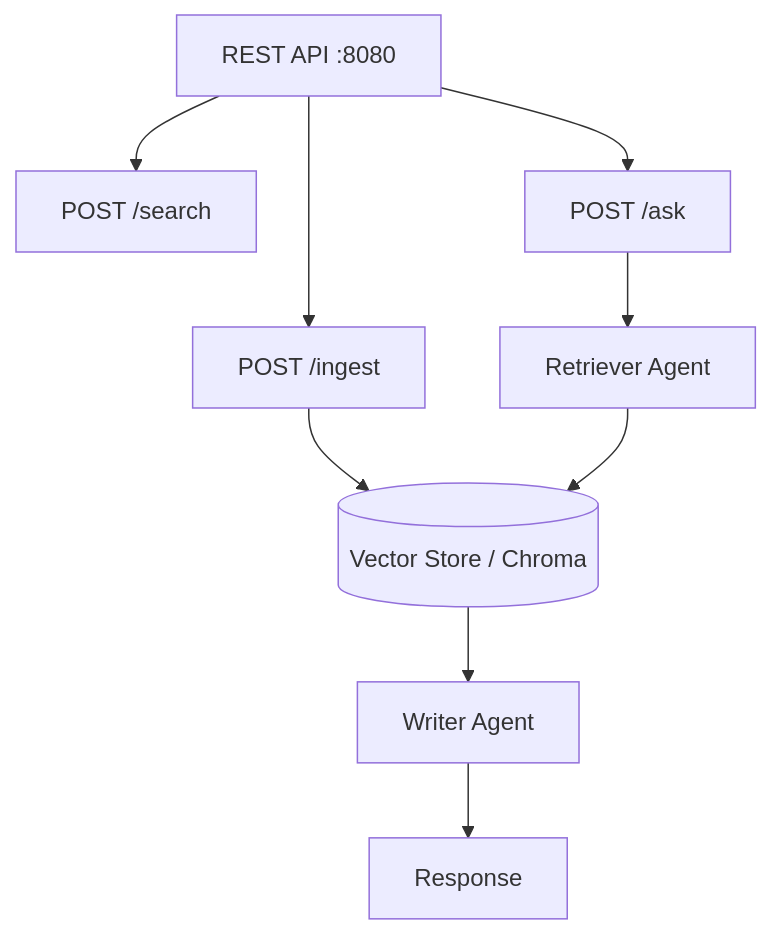
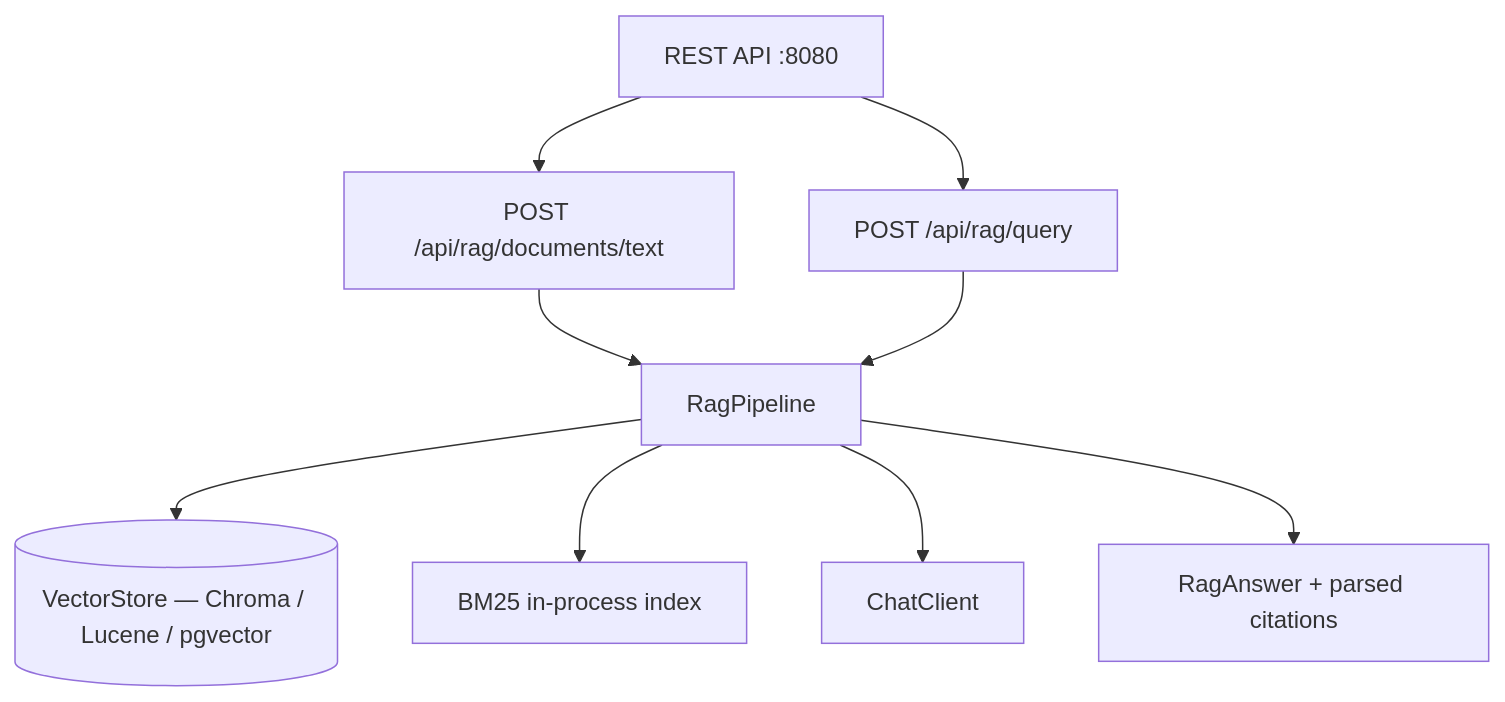
The diagram in rag-knowledge-base-rest-api/README.md (intelliswarm-ai/swarm-ai-examples), drawn with Mermaid before and after one commit. The commit also changed other lines of this file and 18 other files, not shown here.

````diff
--- a/rag-knowledge-base-rest-api/README.md
+++ b/rag-knowledge-base-rest-api/README.md
@@ -7,11 +38,11 @@
 ```mermaid
 graph TD
-    API[REST API :8080] --> ING[POST /ingest]
-    API --> SEARCH[POST /search]
-    API --> ASK[POST /ask]
-    ING --> VS[(Vector Store / Chroma)]
-    ASK --> RET[Retriever Agent]
-    RET --> VS
-    VS --> WRT[Writer Agent]
-    WRT --> RESP[Response]
+    API[REST API :8080] --> ING[POST /api/rag/documents/text]
+    API --> ASK[POST /api/rag/query]
+    ING --> RAG[RagPipeline]
+    ASK --> RAG
+    RAG --> VS[(VectorStore — Chroma / Lucene / pgvector)]
+    RAG --> BM25[BM25 in-process index]
+    RAG --> LLM[ChatClient]
+    RAG --> ANS[RagAnswer + parsed citations]
 ```
````
